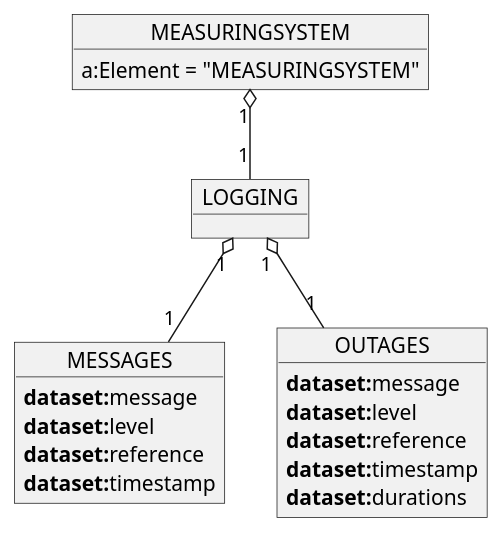
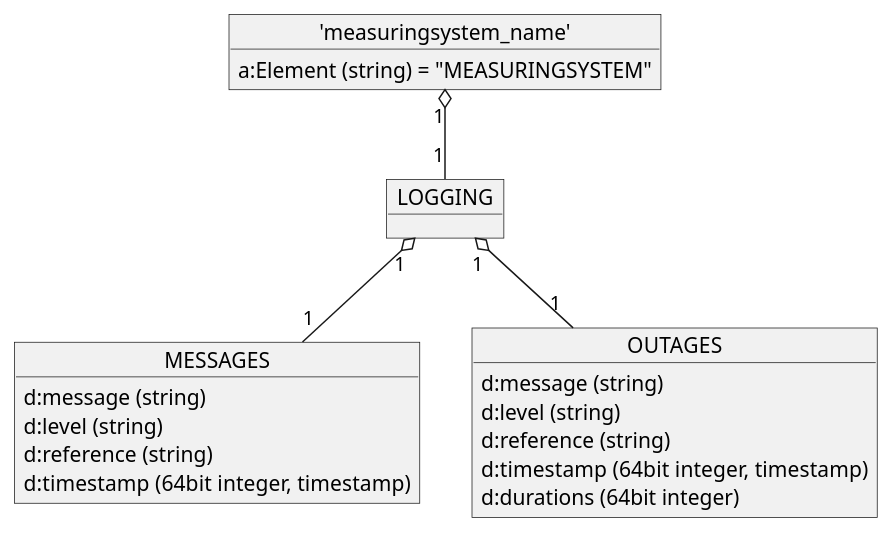
One commit to OpenRailAssociation/rcm-dx changed the seventh of 9 diagrams in images.puml. Above: the diagram before and after it, drawn with PlantUML. The commit also changed other lines of this file and 8 other files, not shown here.

```diff
--- a/images.puml
+++ b/images.puml
@@ -317,29 +338,29 @@
 @startuml RCM_DX_Logging_overview
 
-  object MEASURINGSYSTEM {
-    a:Element = "MEASURINGSYSTEM"
+  object "'measuringsystem_name'" as measuringsystem_name {
+    a:Element (string) = "MEASURINGSYSTEM"
   }
 
   object LOGGING
 
   object MESSAGES {
-      **dataset:**message
-      **dataset:**level
-      **dataset:**reference
-      **dataset:**timestamp
+    d:message (string)
+    d:level (string)
+    d:reference (string)
+    d:timestamp (64bit integer, timestamp)
   }
 
   object OUTAGES {
-      **dataset:**message
-      **dataset:**level
-      **dataset:**reference
-      **dataset:**timestamp
-      **dataset:**durations
+    d:message (string)
+    d:level (string)
+    d:reference (string)
+    d:timestamp (64bit integer, timestamp)
+    d:durations (64bit integer)
   }
 
-  MEASURINGSYSTEM "1" o-- "1" LOGGING
+  measuringsystem_name "1" o-- "1" LOGGING
 
   LOGGING "1" o-- "1" MESSAGES
   LOGGING "1" o-- "1" OUTAGES
 
 @enduml
```
